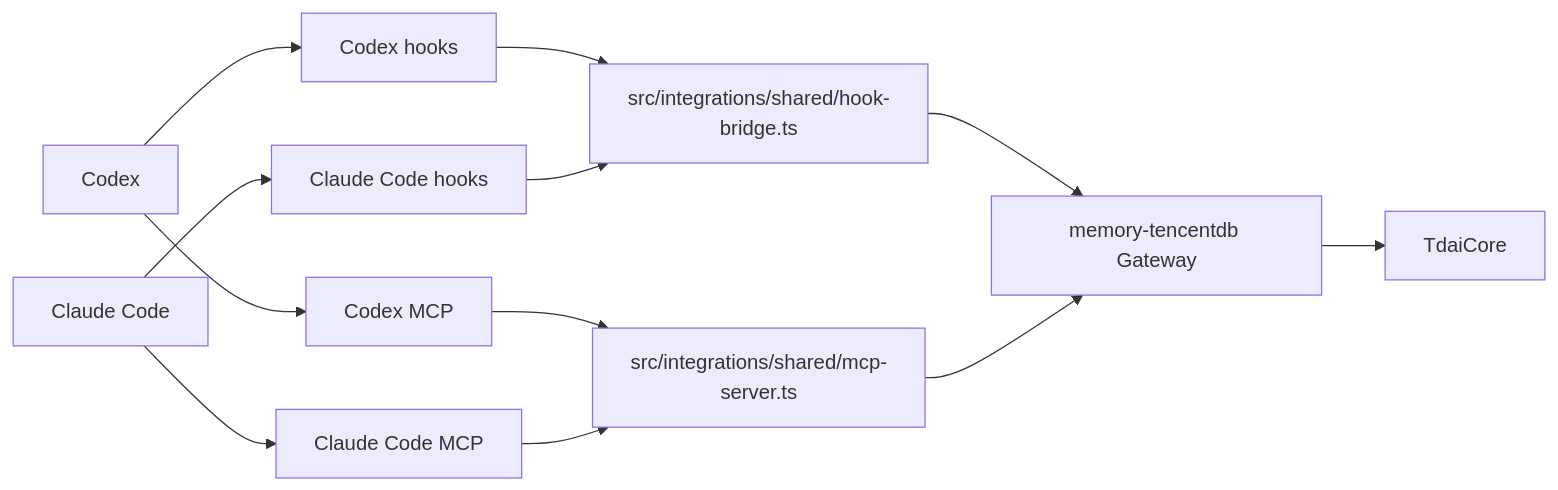
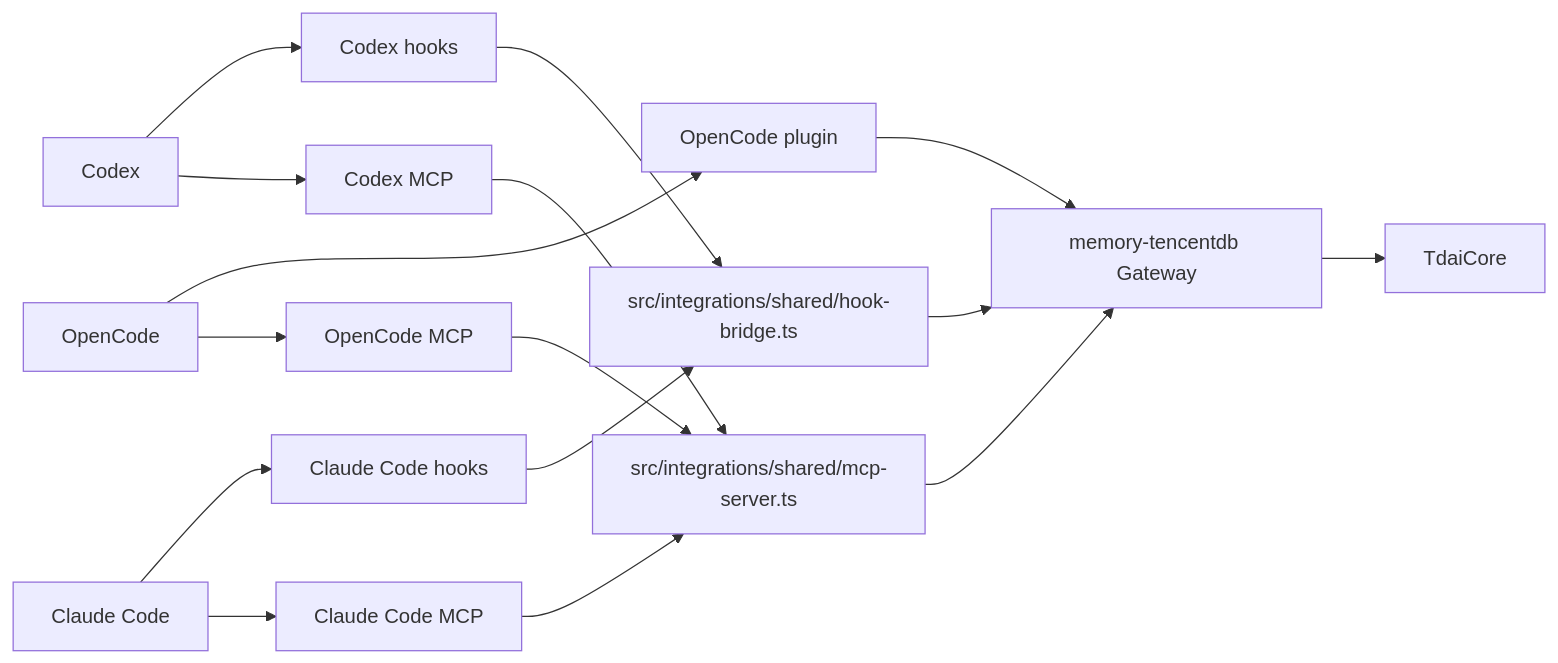
Before and after one commit to TencentCloud/TencentDB-Agent-Memory: the diagram in docs/platform-adapter-comparison.md, drawn with Mermaid. The commit also changed other lines of this file and 4 other files, not shown here.

Commit message:
Add OpenCode memory adapter plugin

````diff
--- a/docs/platform-adapter-comparison.md
+++ b/docs/platform-adapter-comparison.md
@@ -29,16 +30,20 @@
 ```mermaid
 flowchart LR
   Codex --> CodexHooks["Codex hooks"]
   Codex --> CodexMCP["Codex MCP"]
   Claude["Claude Code"] --> ClaudeHooks["Claude Code hooks"]
   Claude --> ClaudeMCP["Claude Code MCP"]
+  OpenCode --> OpenCodePlugin["OpenCode plugin"]
+  OpenCode --> OpenCodeMCP["OpenCode MCP"]
 
   CodexHooks --> HookBridge["src/integrations/shared/hook-bridge.ts"]
   ClaudeHooks --> HookBridge
+  OpenCodePlugin --> Gateway
   CodexMCP --> MCPBridge["src/integrations/shared/mcp-server.ts"]
   ClaudeMCP --> MCPBridge
+  OpenCodeMCP --> MCPBridge
 
   HookBridge --> Gateway["memory-tencentdb Gateway"]
   MCPBridge --> Gateway
   Gateway --> Core["TdaiCore"]
 ```
````
